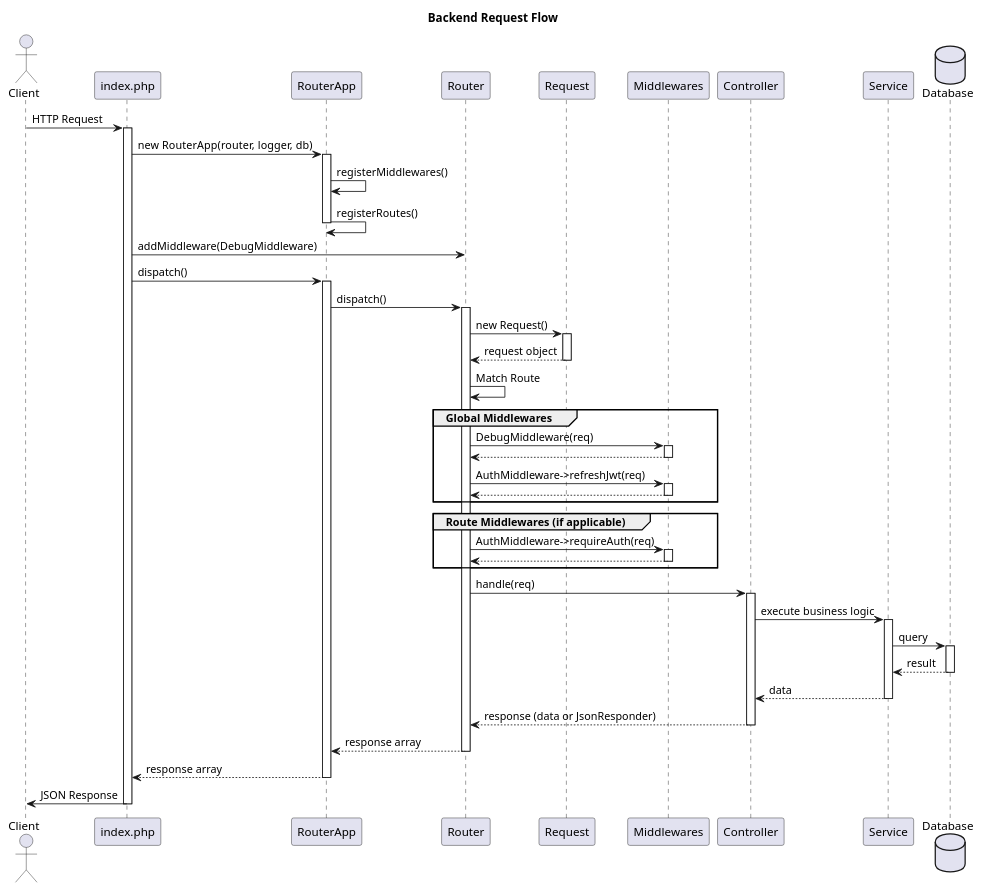
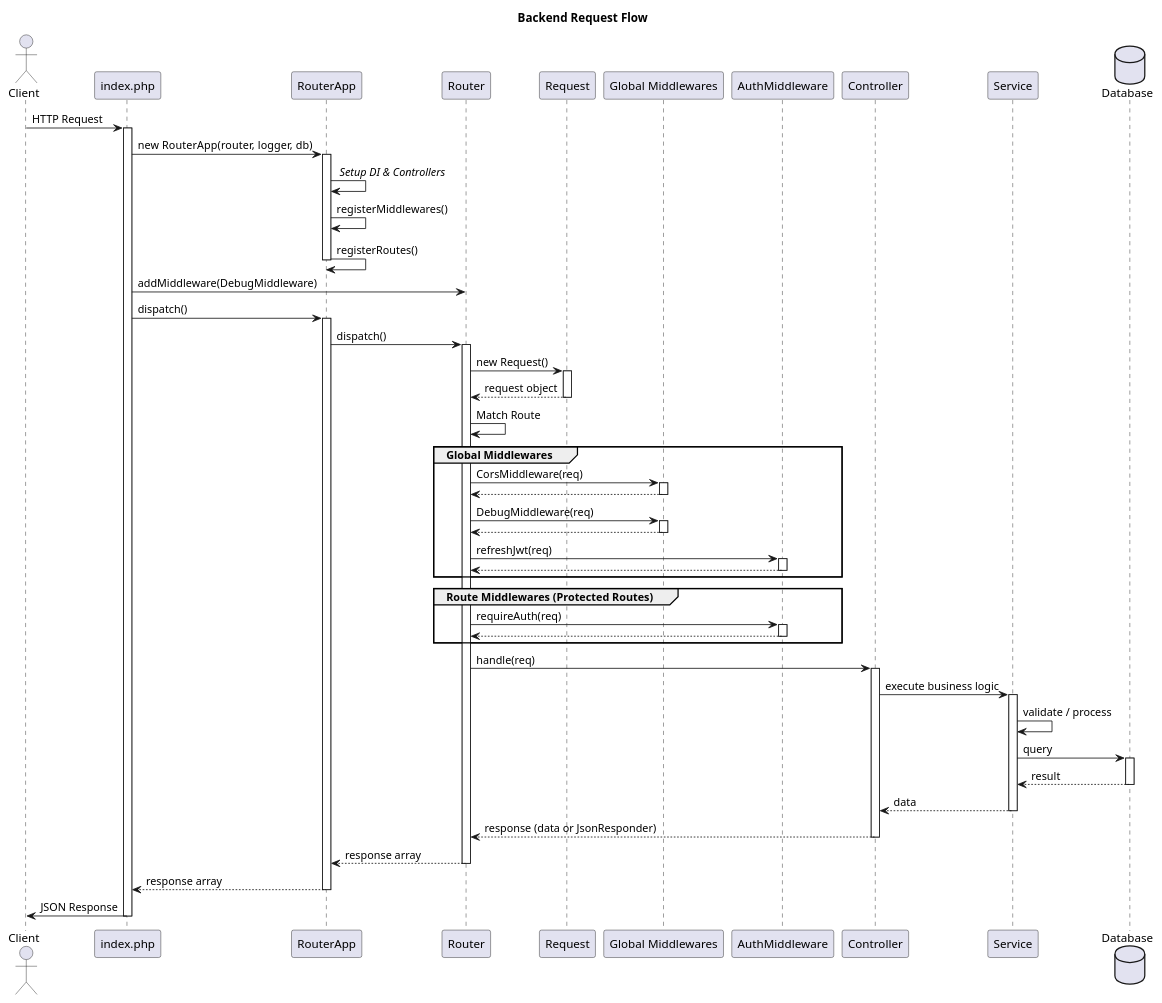
One commit to STaninnat/todo-php changed the diagram in docs/diagrams/src/backend-request-diagram.puml. Above: the diagram before and after it, drawn with PlantUML. The commit also changed 4 other files, not shown here.

Commit message:
docs: update backend request flow to the ER diagram

```diff
--- a/docs/diagrams/src/backend-request-diagram.puml
+++ b/docs/diagrams/src/backend-request-diagram.puml
@@ -1,81 +1,89 @@
 @startuml backend-request-diagram
 title Backend Request Flow
 
 actor Client
 participant "index.php" as Index
 participant "RouterApp" as App
 participant "Router" as Router
 participant "Request" as Req
-participant "Middlewares" as MW
+participant "Global Middlewares" as GMW
+participant "AuthMiddleware" as AuthMW
 participant "Controller" as Ctrl
 participant "Service" as Svc
 database "Database" as DB
 
 Client -> Index: HTTP Request
 activate Index
 
 Index -> App: new RouterApp(router, logger, db)
 activate App
+App -> App: // Setup DI & Controllers //
 App -> App: registerMiddlewares()
 App -> App: registerRoutes()
 deactivate App
 
 Index -> Router: addMiddleware(DebugMiddleware)
 
 Index -> App: dispatch()
 activate App
 
 App -> Router: dispatch()
 activate Router
 
 Router -> Req: new Request()
 activate Req
 Req --> Router: request object
 deactivate Req
 
 Router -> Router: Match Route
 
 group Global Middlewares
-    Router -> MW: DebugMiddleware(req)
-    activate MW
-    MW --> Router
-    deactivate MW
+    Router -> GMW: CorsMiddleware(req)
+    activate GMW
+    GMW --> Router
+    deactivate GMW
 
-    Router -> MW: AuthMiddleware->refreshJwt(req)
-    activate MW
-    MW --> Router
-    deactivate MW
+    Router -> GMW: DebugMiddleware(req)
+    activate GMW
+    GMW --> Router
+    deactivate GMW
+
+    Router -> AuthMW: refreshJwt(req)
+    activate AuthMW
+    AuthMW --> Router
+    deactivate AuthMW
 end
 
-group Route Middlewares (if applicable)
-    Router -> MW: AuthMiddleware->requireAuth(req)
-    activate MW
-    MW --> Router
-    deactivate MW
+group Route Middlewares (Protected Routes)
+    Router -> AuthMW: requireAuth(req)
+    activate AuthMW
+    AuthMW --> Router
+    deactivate AuthMW
 end
 
 Router -> Ctrl: handle(req)
 activate Ctrl
 
 Ctrl -> Svc: execute business logic
 activate Svc
+Svc -> Svc: validate / process
 Svc -> DB: query
 activate DB
 DB --> Svc: result
 deactivate DB
 Svc --> Ctrl: data
 deactivate Svc
 
 Ctrl --> Router: response (data or JsonResponder)
 deactivate Ctrl
 
 Router --> App: response array
 deactivate Router
 
 App --> Index: response array
 deactivate App
 
 Index -> Client: JSON Response
 deactivate Index
 
 @enduml
```
